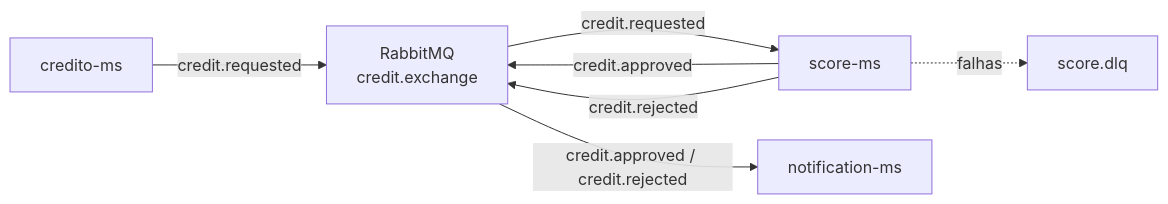
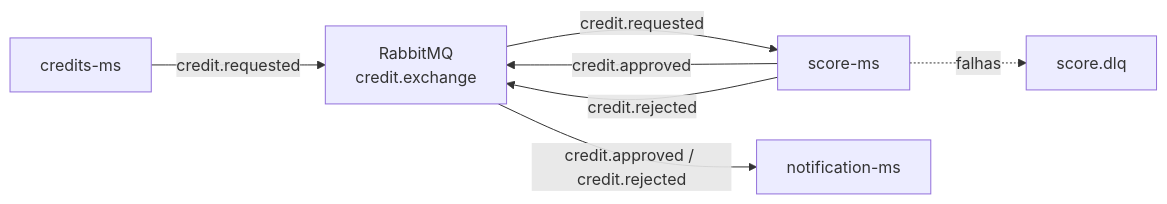
The diagram in README.md (Claudeir20/score-ms), drawn with Mermaid before and after one commit. The commit also changed other lines of this file, not shown here.

````diff
--- a/README.md
+++ b/README.md
@@ -23,9 +33,9 @@
 ```mermaid
 flowchart LR
-    credito["credito-ms"] -->|"credit.requested"| exchange["RabbitMQ<br/>credit.exchange"]
+    credits["credits-ms"] -->|"credit.requested"| exchange["RabbitMQ<br/>credit.exchange"]
     exchange -->|"credit.requested"| score["score-ms"]
     score -->|"credit.approved"| exchange
     score -->|"credit.rejected"| exchange
-    exchange -->|"credit.approved / credit.rejected"| notificacao["notification-ms"]
+    exchange -->|"credit.approved / credit.rejected"| notification["notification-ms"]
     score -. falhas .-> dlq["score.dlq"]
 ```
````
